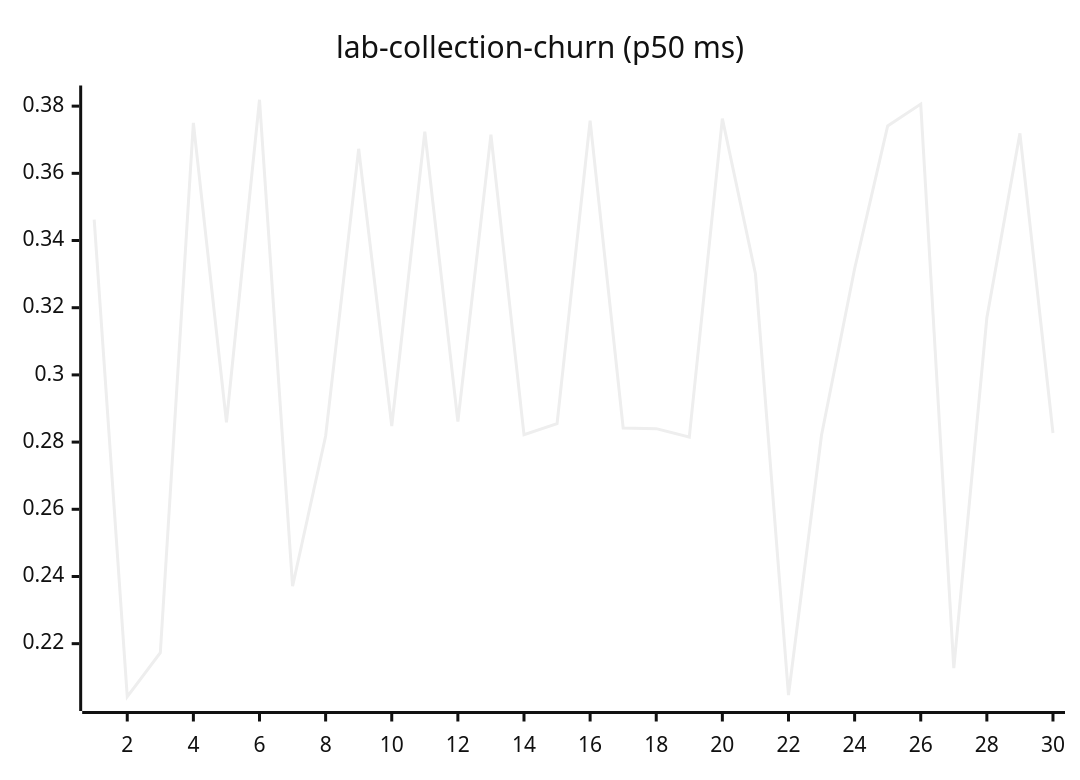
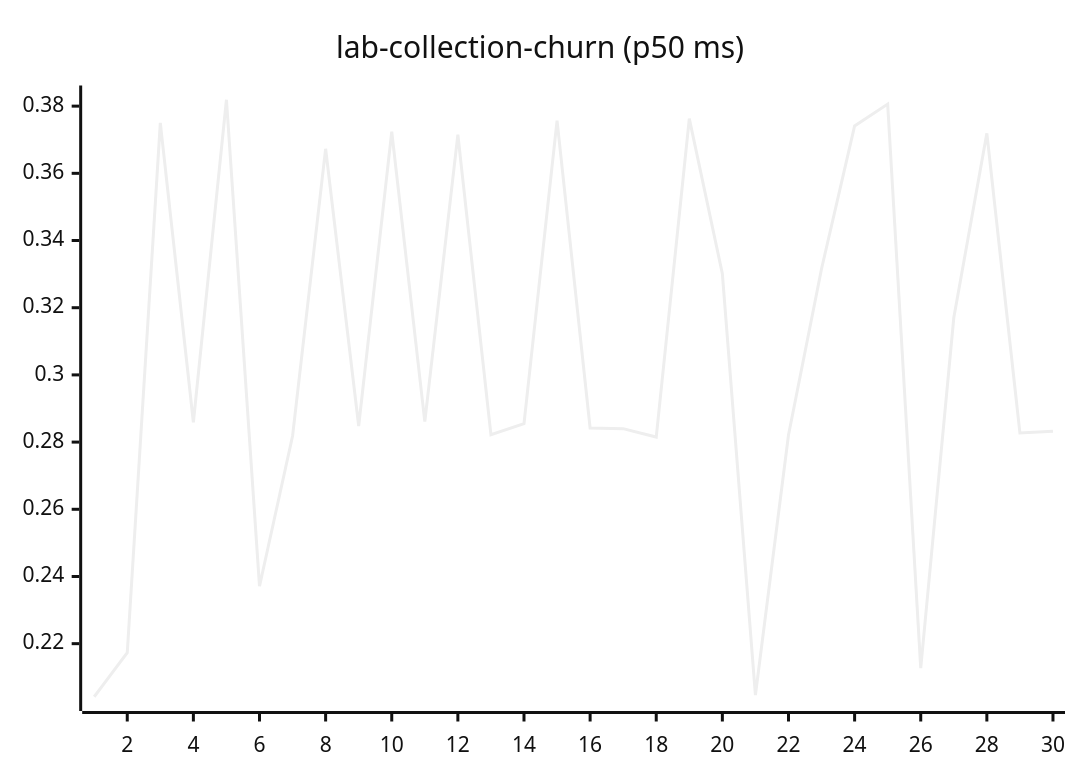
One commit to josha/Facet changed diagram 11 of 27 in README.md. Above: the diagram before and after it, drawn with Mermaid (neutral theme). The commit also changed other lines of this file and 2 other files, not shown here.

````diff
--- a/README.md
+++ b/README.md
@@ -133,6 +133,6 @@
 ```mermaid
 xychart-beta
     title "lab-collection-churn (p50 ms)"
     x-axis 1 --> 30
-    line [0.3462, 0.2042, 0.2173, 0.3750, 0.2859, 0.3819, 0.2371, 0.2818, 0.3673, 0.2848, 0.3724, 0.2861, 0.3715, 0.2822, 0.2855, 0.3757, 0.2842, 0.2840, 0.2815, 0.3763, 0.3301, 0.2047, 0.2821, 0.3316, 0.3741, 0.3806, 0.2127, 0.3170, 0.3719, 0.2827]
+    line [0.2042, 0.2173, 0.3750, 0.2859, 0.3819, 0.2371, 0.2818, 0.3673, 0.2848, 0.3724, 0.2861, 0.3715, 0.2822, 0.2855, 0.3757, 0.2842, 0.2840, 0.2815, 0.3763, 0.3301, 0.2047, 0.2821, 0.3316, 0.3741, 0.3806, 0.2127, 0.3170, 0.3719, 0.2827, 0.2832]
 ```
````
